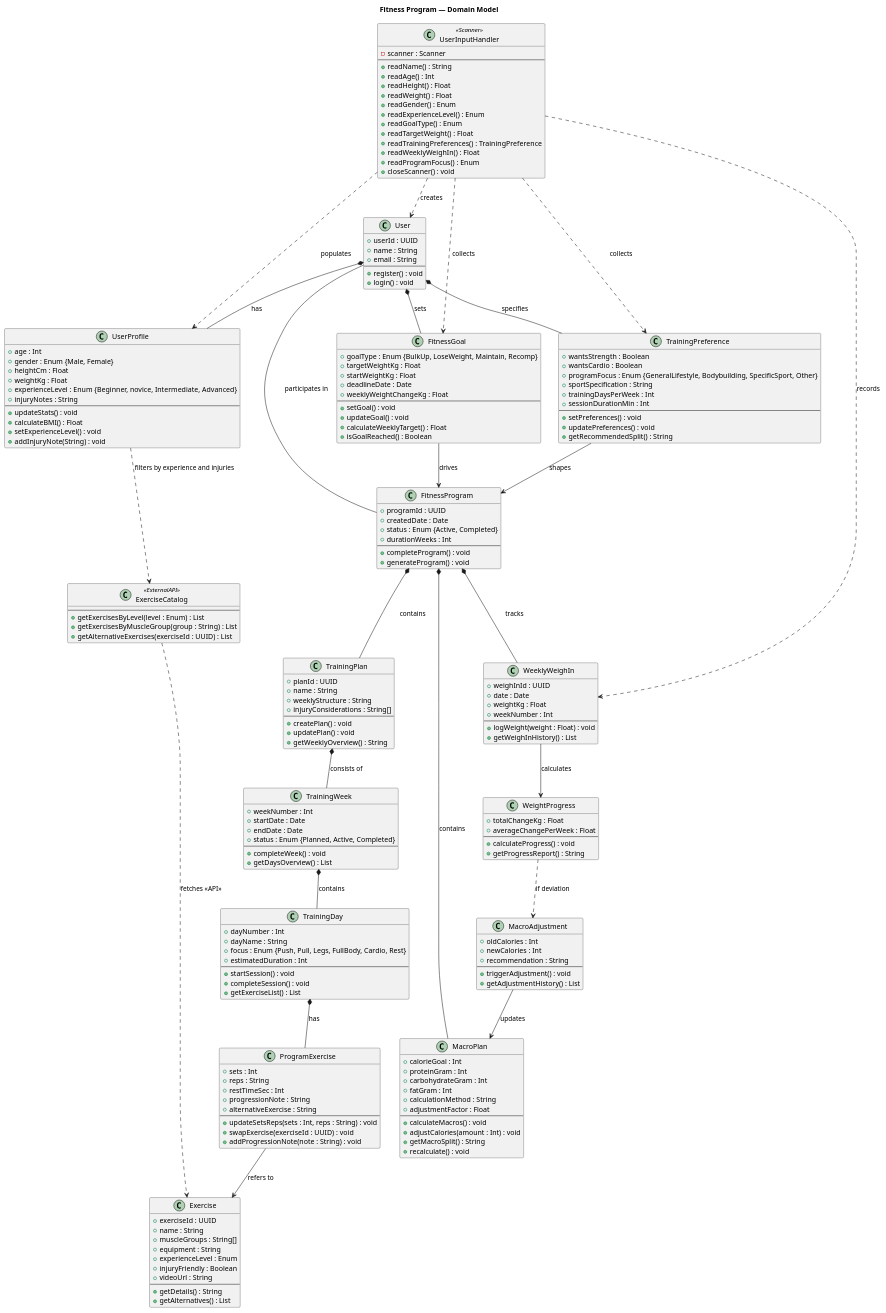
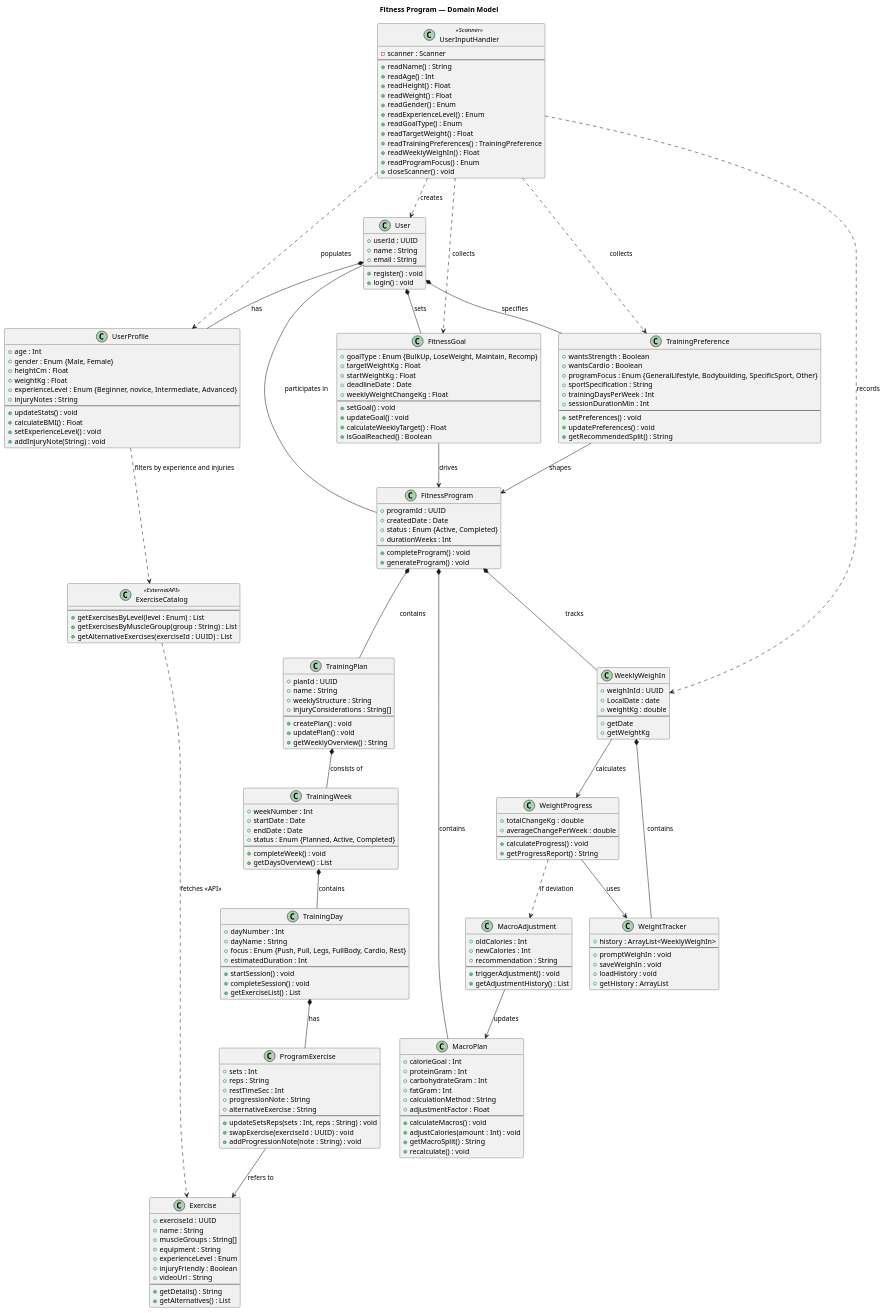
One commit to thooleif/ICE-Opgave changed the diagram in doc/Klassediagram.puml. Above: the diagram before and after it, drawn with PlantUML. The commit also changed 5 other files, not shown here.

Commit message:
Opdateret lidt i User for ikke at lave duplikationer af samme navn, samt lavet klasserne WeeklyWeighIn, WeightProgress og WeightTracker

```diff
--- a/doc/Klassediagram.puml
+++ b/doc/Klassediagram.puml
@@ -141,20 +141,28 @@
 
 class WeeklyWeighIn {
   + weighInId : UUID
-  + date : Date
-  + weightKg : Float
-  + weekNumber : Int
+  + LocalDate : date
+  + weightKg : double
   --
-  + logWeight(weight : Float) : void
-  + getWeighInHistory() : List
+  + getDate
+  + getWeightKg
 }
 
 class WeightProgress {
-  + totalChangeKg : Float
-  + averageChangePerWeek : Float
+  + totalChangeKg : double
+  + averageChangePerWeek : double
   --
   + calculateProgress() : void
   + getProgressReport() : String
+}
+
+class WeightTracker {
+  + history : ArrayList<WeeklyWeighIn>
+  --
+  + promptWeighIn : void
+  + saveWeighIn : void
+  + loadHistory : void
+  + getHistory : ArrayList
 }
 
 class MacroAdjustment {
@@ -225,7 +233,9 @@
 ExerciseCatalog ..> Exercise : fetches <<API>>
 UserProfile ..> ExerciseCatalog : filters by experience and injuries
 
+WeightTracker --* WeeklyWeighIn : contains
 WeeklyWeighIn --> WeightProgress : calculates
+WeightProgress --> WeightTracker : uses
 WeightProgress ..> MacroAdjustment : if deviation
 MacroAdjustment --> MacroPlan : updates
 
```
